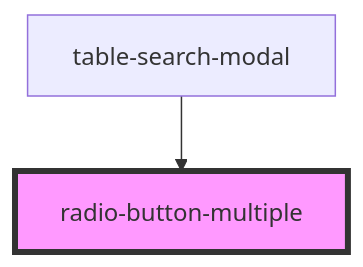
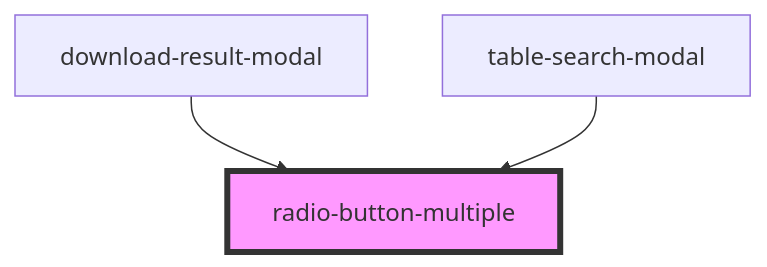
The diagram in src/components/common/radio-button-multiple/readme.md (techvariable/NeptuneConnectComponents), drawn with Mermaid before and after one commit. The commit also changed other lines of this file and 10 other files, not shown here.

````diff
--- a/src/components/common/radio-button-multiple/readme.md
+++ b/src/components/common/radio-button-multiple/readme.md
@@ -27,5 +28,6 @@
 ```mermaid
 graph TD;
+  download-result-modal --> radio-button-multiple
   table-search-modal --> radio-button-multiple
   style radio-button-multiple fill:#f9f,stroke:#333,stroke-width:4px
 ```
````
